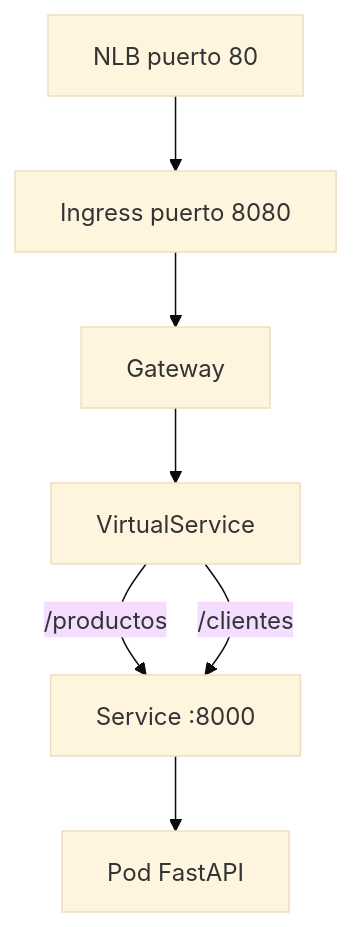
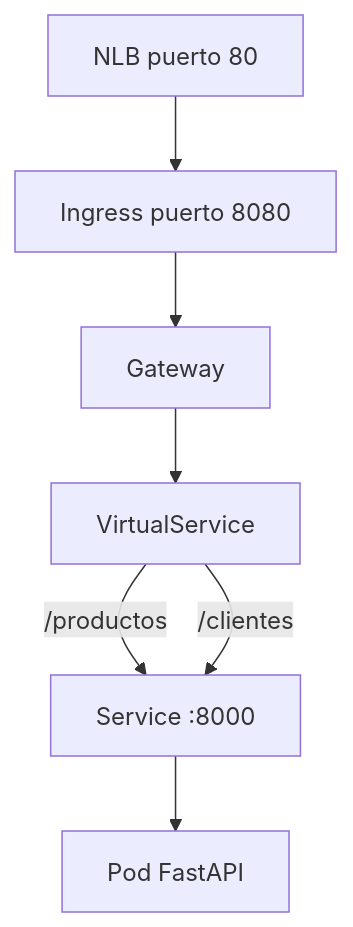
Before and after one commit to marlon-figueroa/iac_api_mercado: the diagram in docs/diagramas/istio-trafico.mmd, drawn with Mermaid. The commit also changed 10 other files, not shown here.

Commit message:
Update Mermaid diagrams to remove theme specification and change PDF generation script to use default theme

```diff
--- a/docs/diagramas/istio-trafico.mmd
+++ b/docs/diagramas/istio-trafico.mmd
@@ -1,8 +1,8 @@
-%%{init: {'theme': 'base', 'flowchart': {'useMaxWidth': false}}}%%
+%%{init: {'flowchart': {'useMaxWidth': false}}}%%
 flowchart TB
   NLB[NLB puerto 80] --> IG[Ingress puerto 8080]
   IG --> GW[Gateway]
   GW --> VS[VirtualService]
   VS -->|/productos| SVC[Service :8000]
   VS -->|/clientes| SVC
   SVC --> Pod[Pod FastAPI]
```
